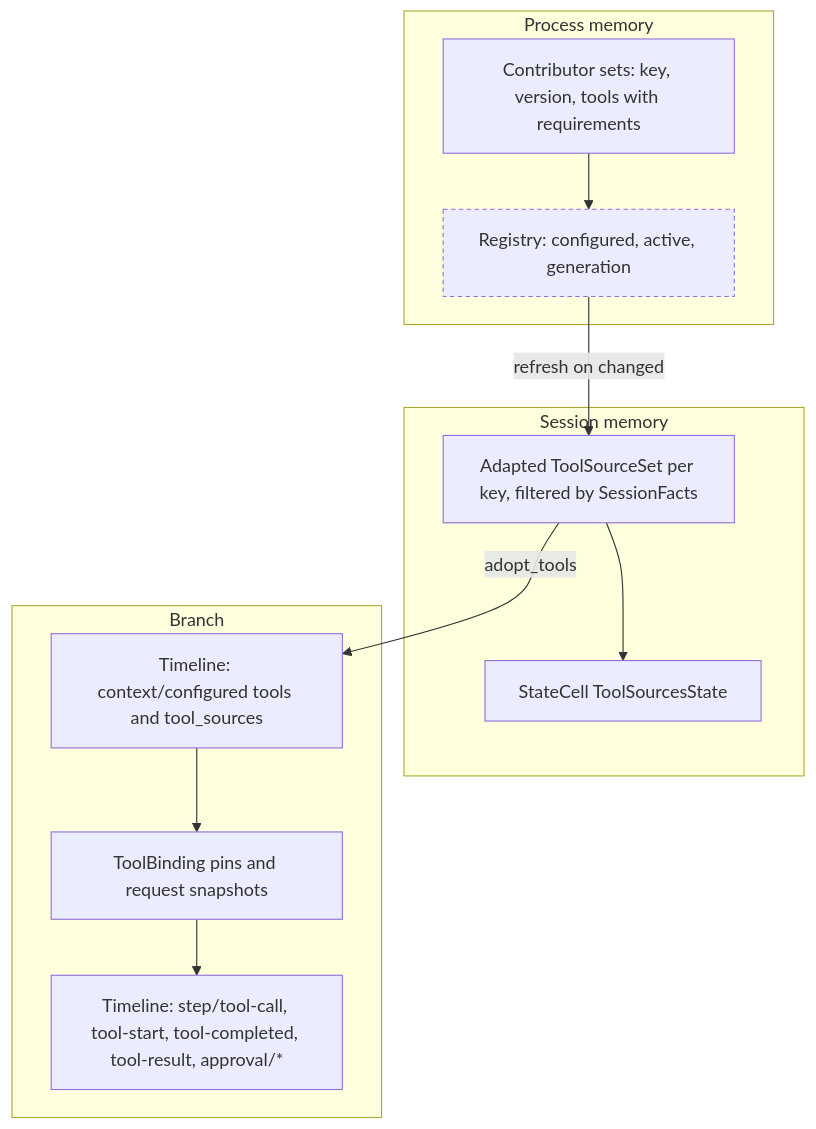
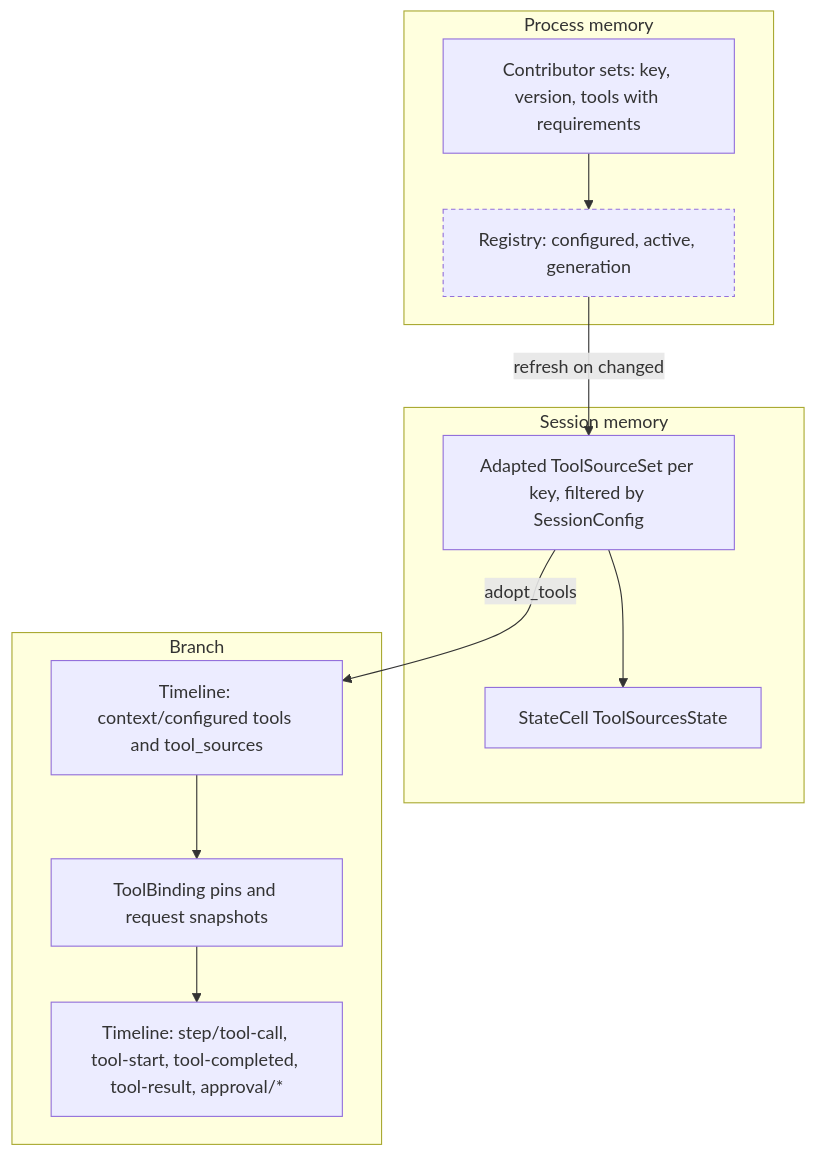
The second of 5 diagrams in docs/design/contracts/process-tool-contribution.md (CoutinhoTTS/dim-agent), drawn with Mermaid before and after one commit. The commit also changed other lines of this file and 4 other files, not shown here.

````diff
--- a/docs/design/contracts/process-tool-contribution.md
+++ b/docs/design/contracts/process-tool-contribution.md
@@ -60,23 +60,23 @@
 ```mermaid
 flowchart TB
   subgraph PROCS["Process memory"]
     Sets["Contributor sets: key, version, tools with requirements"]
     Reg["Registry: configured, active, generation"]:::contract
   end
   subgraph SESSS["Session memory"]
-    Adapted["Adapted ToolSourceSet per key, filtered by SessionFacts"]
+    Adapted["Adapted ToolSourceSet per key, filtered by SessionConfig"]
     TSS["StateCell ToolSourcesState"]
   end
   subgraph BRS["Branch"]
     Pins["ToolBinding pins and request snapshots"]
     CC["Timeline: context/configured tools and tool_sources"]
     Calls["Timeline: step/tool-call, tool-start, tool-completed, tool-result, approval/*"]
   end
   Sets --> Reg
   Reg -->|"refresh on changed"| Adapted
   Adapted --> TSS
   Adapted -->|"adopt_tools"| CC
   CC --> Pins
   Pins --> Calls
   classDef contract stroke-dasharray:4 3
 ```
````
